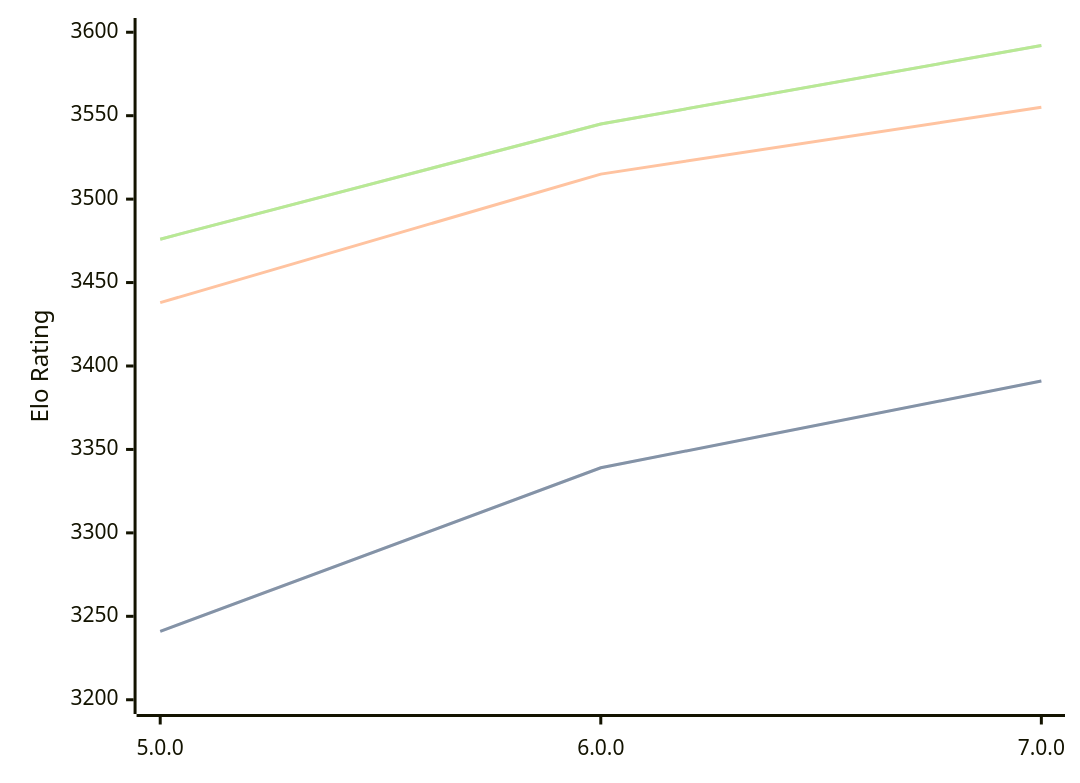
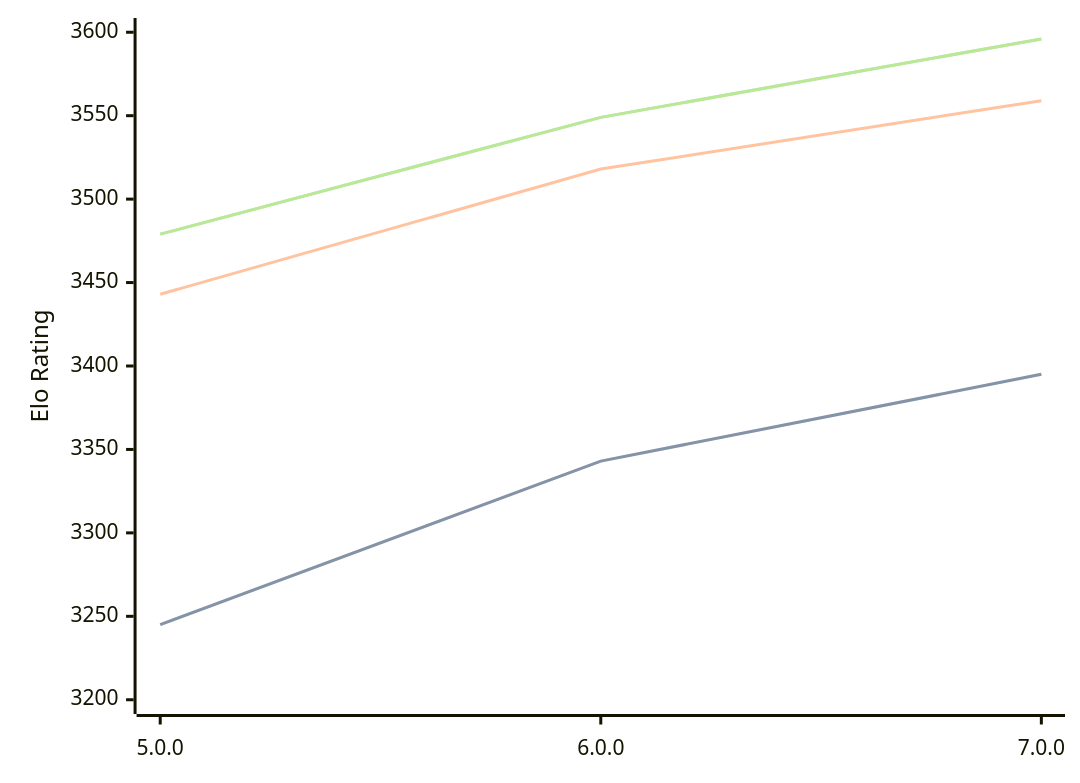
The diagram in engines/Stormphrax.md (computer-chess-index/cci), drawn with Mermaid before and after one commit. The commit also changed other lines of this file, not shown here.

Commit message:
Update CCI Ratings (ELO VLTC) - 2026-05-02

````diff
--- a/engines/Stormphrax.md
+++ b/engines/Stormphrax.md
@@ -38,11 +38,11 @@
 ```mermaid
 %%{init: {"theme":"base","themeVariables":{"seriesColors:['#a3a3a3','#222221','#faa371']}}}%%
 xychart-beta
   x-axis ["5.0.0", "6.0.0", "7.0.0"]
   y-axis "Elo Rating" 3200 --> 3600
-  line "STC (8.0+0.08s)" [3241, 3339, 3391]
-  line "STC (8.0+0.08s)" [3241, 3339, 3391]
-  line "LTC (60.0+0.60s)" [3438, 3515, 3555]
-  line "VLTC (2m24s+1.12s)" [3476, 3545, 3592]
-  line "VLTC (2m24s+1.12s)" [3476, 3545, 3592]
+  line "STC (8.0+0.08s)" [3245, 3343, 3395]
+  line "STC (8.0+0.08s)" [3245, 3343, 3395]
+  line "LTC (60.0+0.60s)" [3443, 3518, 3559]
+  line "VLTC (2m24s+1.12s)" [3479, 3549, 3596]
+  line "VLTC (2m24s+1.12s)" [3479, 3549, 3596]
 ```
````
